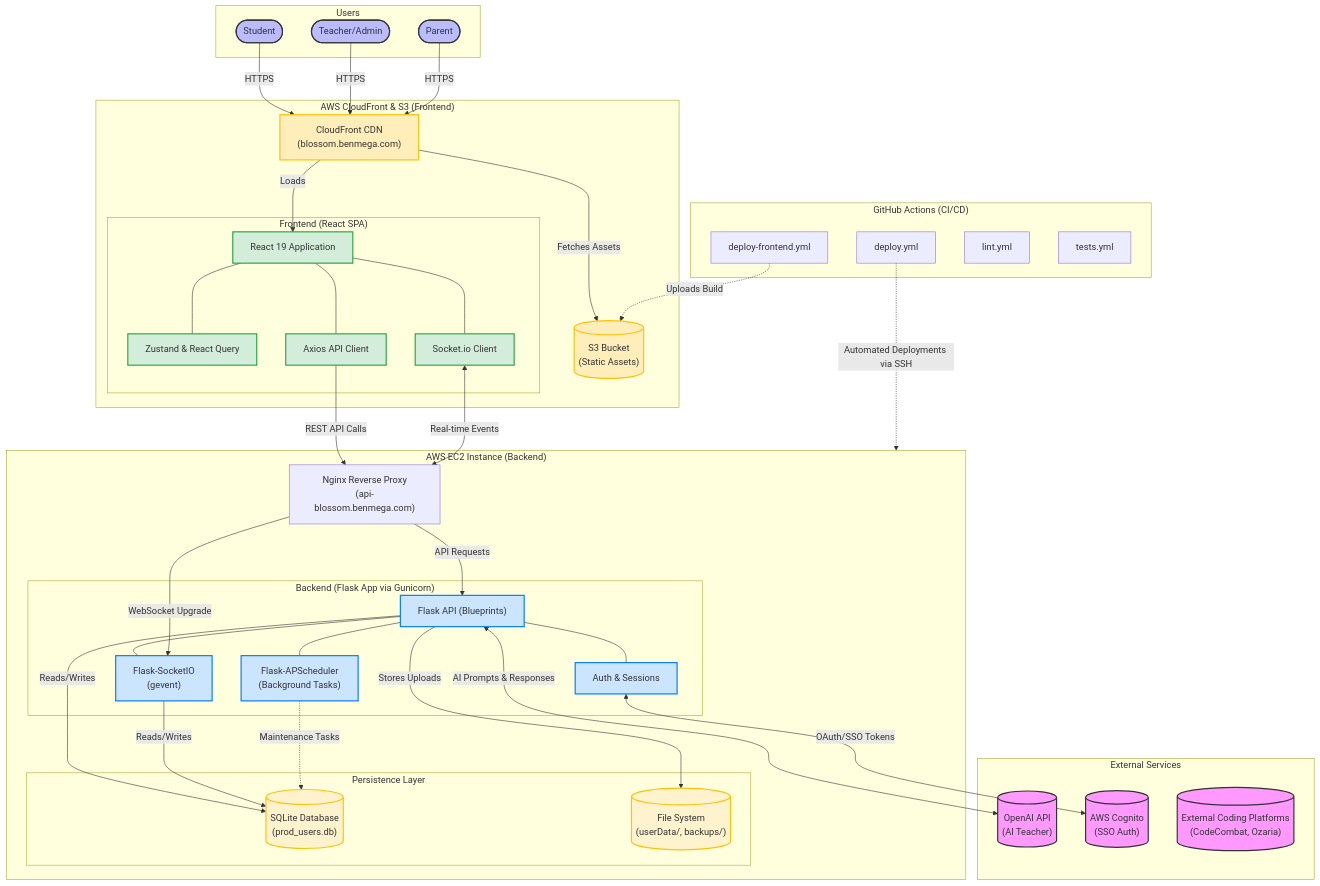
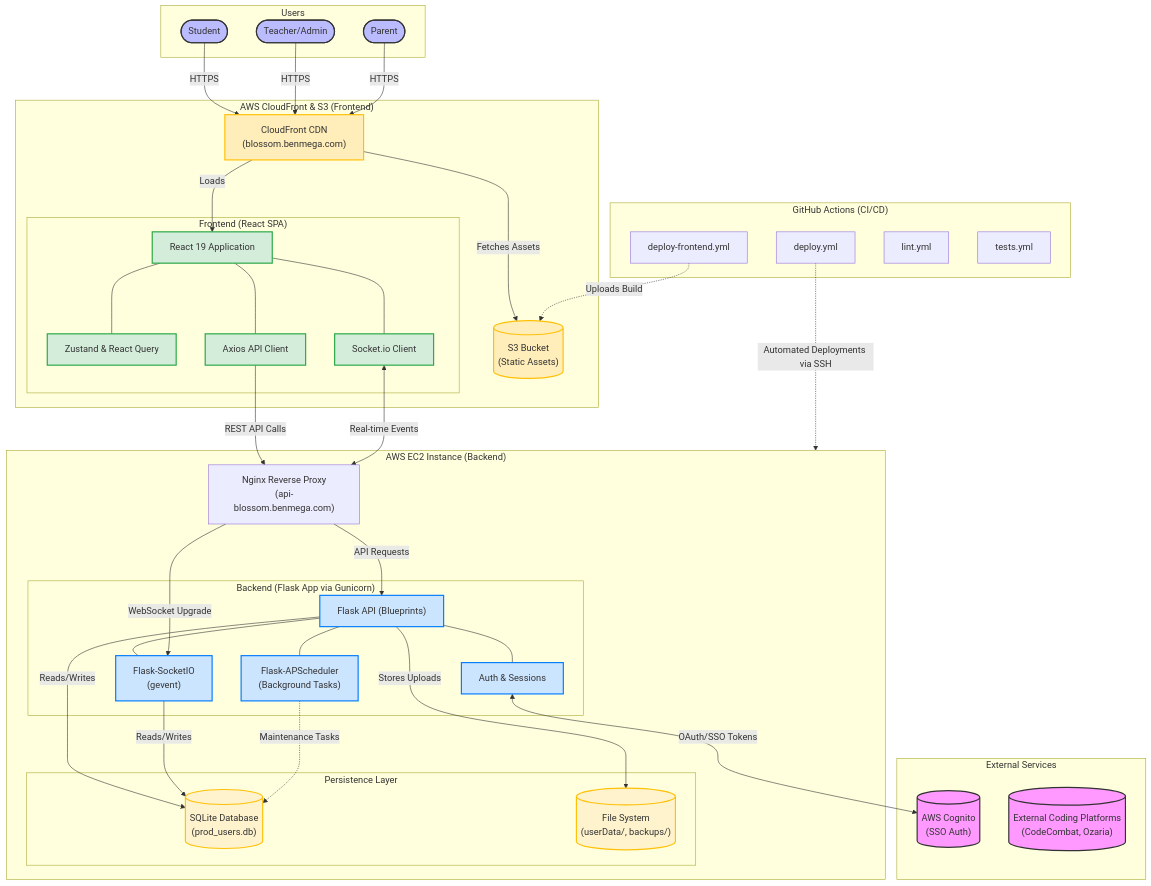
Before and after one commit to benmega/classroom-chat: the diagram in docs/ARCHITECTURE.md, drawn with Mermaid. The commit also changed other lines of this file and 38 other files, not shown here.

```diff
--- a/docs/ARCHITECTURE.md
+++ b/docs/ARCHITECTURE.md
@@ -17,7 +17,6 @@
 
     %% External Services
     subgraph ExternalServices ["External Services"]
-        OpenAI[("OpenAI API\n(AI Teacher)")]
         Cognito[("AWS Cognito\n(SSO Auth)")]
         ExternalPlatforms[("External Coding Platforms\n(CodeCombat, Ozaria)")]
     end
@@ -86,7 +85,6 @@
     SocketServer -->|Reads/Writes| SQLite
     FlaskAPI -->|Stores Uploads| FileSystem
 
-    FlaskAPI <-->|AI Prompts & Responses| OpenAI
     Auth <-->|OAuth/SSO Tokens| Cognito
     
     Scheduler -.->|Maintenance Tasks| SQLite
@@ -102,7 +100,7 @@
     classDef db fill:#fff3cd,stroke:#ffc107,stroke-width:2px;
     classDef edge fill:#ffeeba,stroke:#ffc107,stroke-width:2px;
     
-    class OpenAI,Cognito,ExternalPlatforms external;
+    class Cognito,ExternalPlatforms external;
     class Student,Teacher,Parent user;
     class React,State,SocketClient,Axios frontend;
     class FlaskAPI,SocketServer,Scheduler,Auth backend;
```
